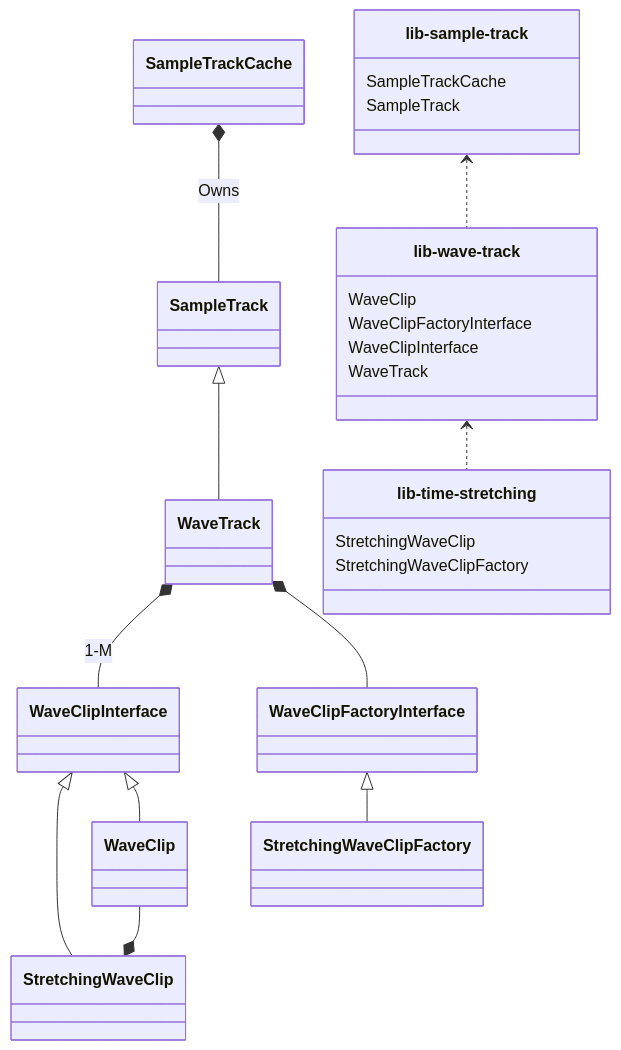
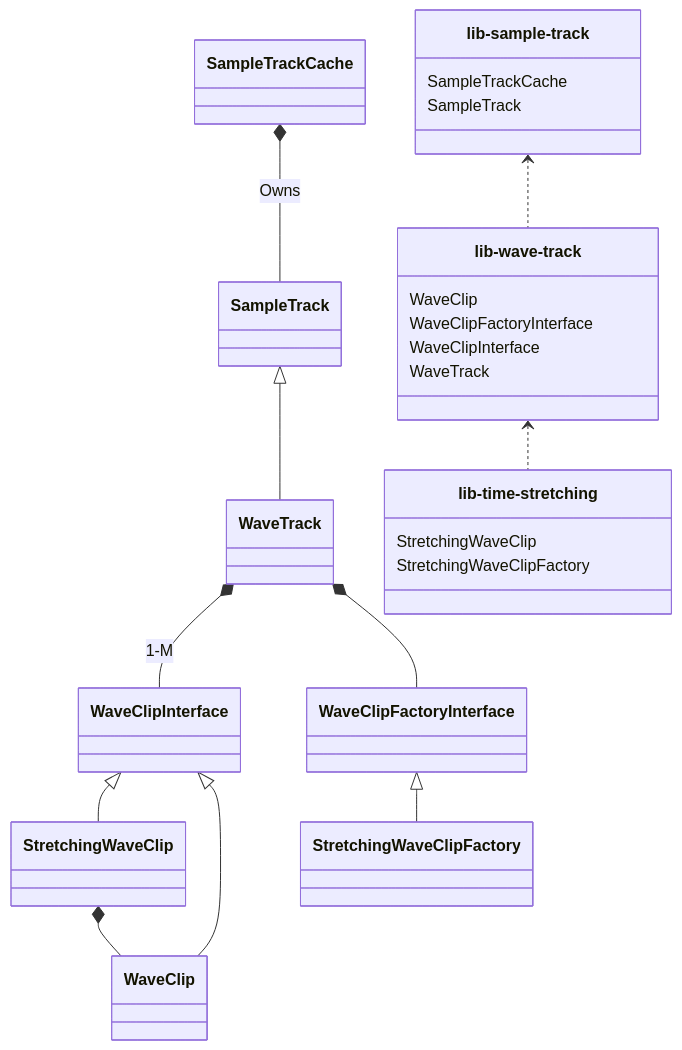
Before and after one commit to saintmatthieu/audacity: the second of 2 diagrams in TimeStretchingWaveClip.md, drawn with Mermaid. The commit also changed other lines of this file, not shown here.

````diff
--- a/TimeStretchingWaveClip.md
+++ b/TimeStretchingWaveClip.md
@@ -54,38 +56,38 @@
 ```mermaid
 classDiagram
    class SampleTrackCache
    class SampleTrack
    class WaveClipInterface
    class WaveClip
    class StretchingWaveClip
    class WaveTrack
    class WaveClipFactoryInterface
    class StretchingWaveClipFactory
 
    SampleTrackCache *-- SampleTrack: Owns
    SampleTrack <|-- WaveTrack
    WaveTrack *-- WaveClipInterface: 1-M
    WaveClipInterface <|-- StretchingWaveClip
    WaveClipInterface <|-- WaveClip
-   WaveClip --* StretchingWaveClip
+   StretchingWaveClip *-- WaveClip
    WaveClipFactoryInterface <|-- StretchingWaveClipFactory
    WaveTrack *-- WaveClipFactoryInterface
 
    class libsampletrack["lib-sample-track"] {
       SampleTrackCache
       SampleTrack
    }
    class libwavetrack["lib-wave-track"] {
       WaveClip
       WaveClipFactoryInterface
       WaveClipInterface
       WaveTrack
    }
    class libtimestretching["lib-time-stretching"] {
       StretchingWaveClip
       StretchingWaveClipFactory
    }
 
    libsampletrack <.. libwavetrack
    libwavetrack <.. libtimestretching
 ```
````
